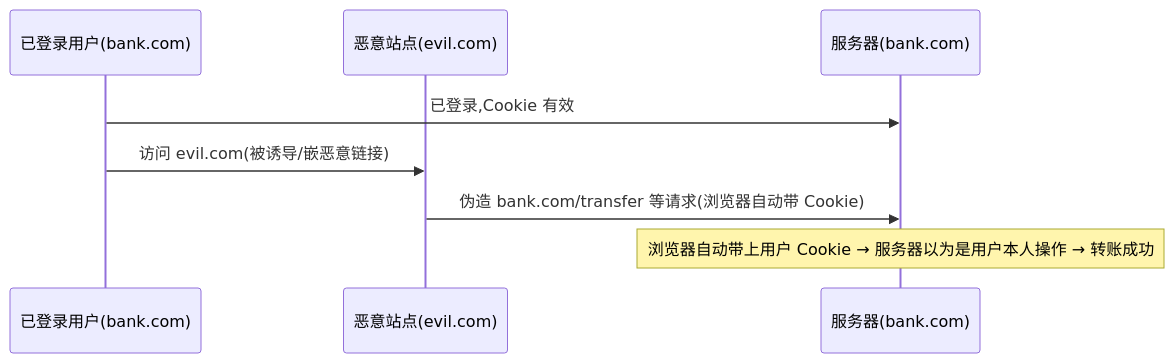
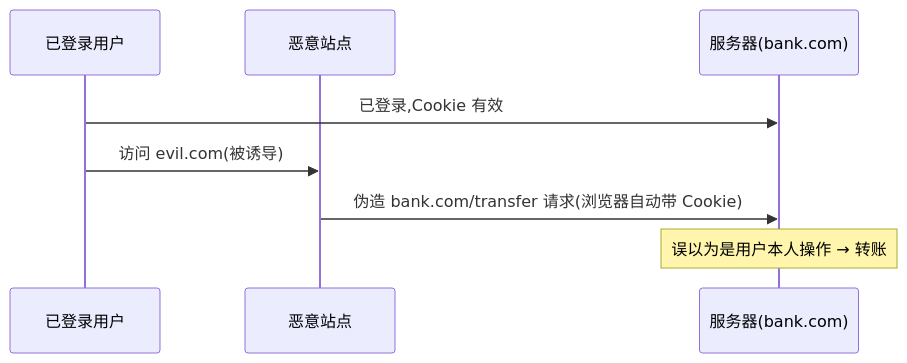
The diagram in frontend-knowledge-base/卷四-网络与通信/4.7-Web安全.md (inspire-man/frontend-knowledge-base), drawn with Mermaid before and after one commit. The commit also changed other lines of this file and 1 other file, not shown here.

````diff
--- a/frontend-knowledge-base/卷四-网络与通信/4.7-Web安全.md
+++ b/frontend-knowledge-base/卷四-网络与通信/4.7-Web安全.md
@@ -51,10 +40,10 @@
 ```mermaid
 sequenceDiagram
-    participant U as 已登录用户(bank.com)
-    participant B as 恶意站点(evil.com)
+    participant U as 已登录用户
+    participant B as 恶意站点
     participant S as 服务器(bank.com)
     U->>S: 已登录,Cookie 有效
-    U->>B: 访问 evil.com(被诱导/嵌恶意链接)
-    B->>S: 伪造 bank.com/transfer 等请求(浏览器自动带 Cookie)
-    Note over S: 浏览器自动带上用户 Cookie → 服务器以为是用户本人操作 → 转账成功
+    U->>B: 访问 evil.com(被诱导)
+    B->>S: 伪造 bank.com/transfer 请求(浏览器自动带 Cookie)
+    Note over S: 误以为是用户本人操作 → 转账
 ```
````
